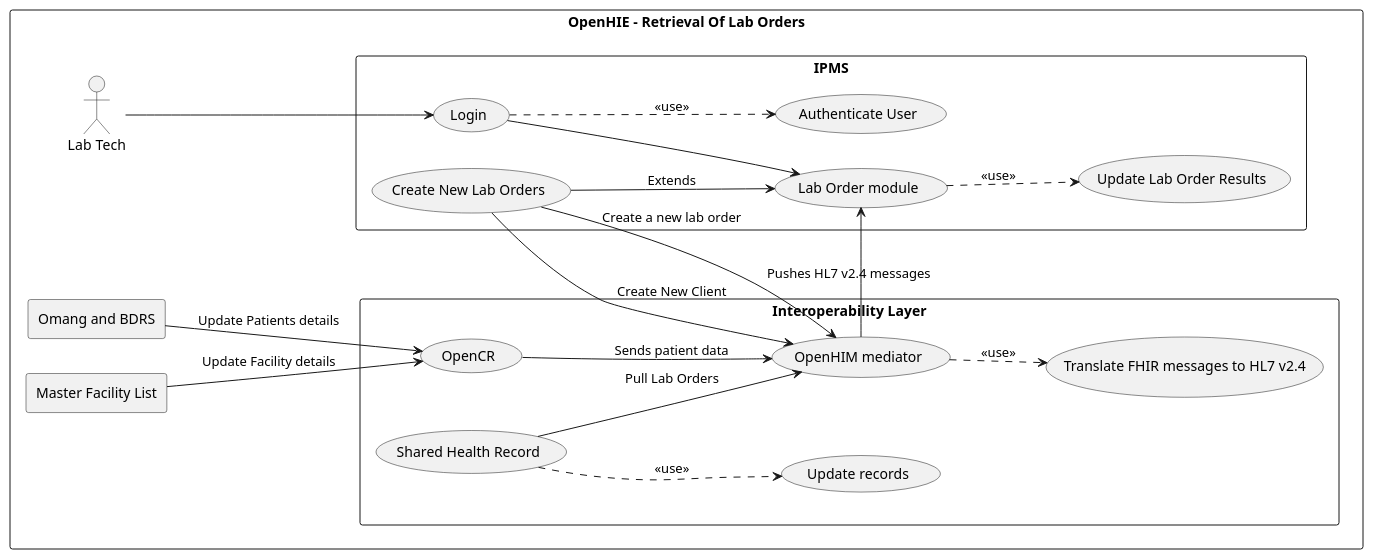
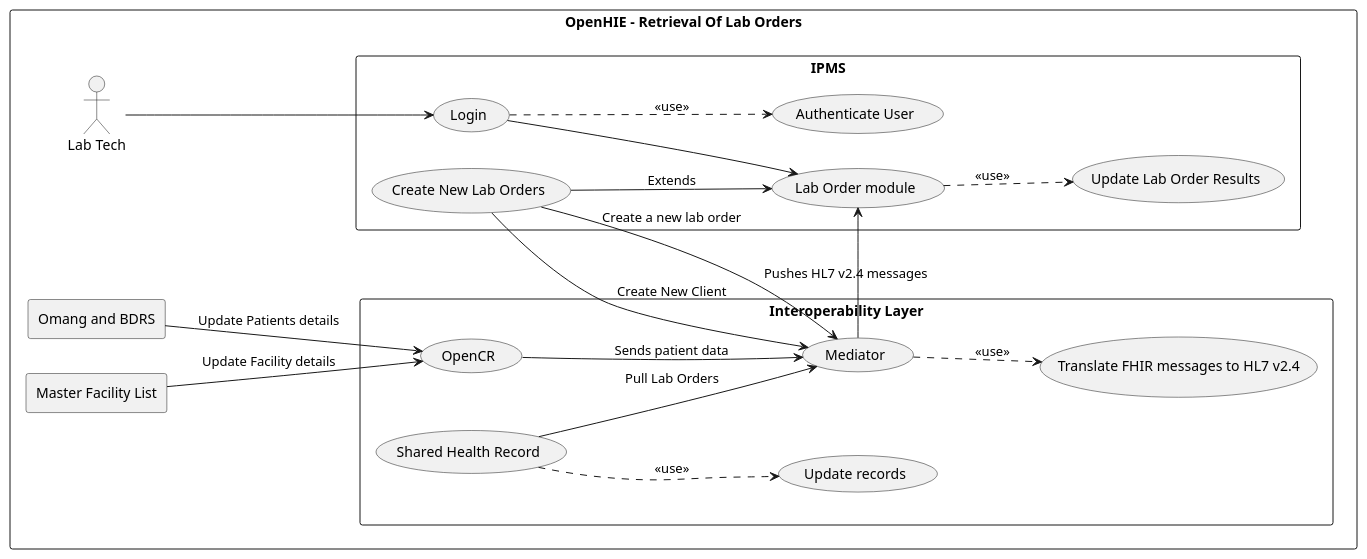
The diagram in input/images-source/retrievalOfLabOrders.plantuml (jembi/botswana-hie-fhir-ig), drawn with PlantUML before and after one commit. The commit also changed 4 other files, not shown here.

```diff
--- a/input/images-source/retrievalOfLabOrders.plantuml
+++ b/input/images-source/retrievalOfLabOrders.plantuml
@@ -1,45 +1,45 @@
 @startuml RetrievalOfLabOrders
 left to right direction
 rectangle "OpenHIE - Retrieval Of Lab Orders" as RetrievalOfLabOrders {
   actor "Lab Tech" as labTech
   rectangle IPMS {
   usecase "Login" as RLO1
   usecase "Authenticate User" as RLO2
   usecase "Lab Order module" as RLO3
   usecase "Update Lab Order Results" as RLO4
   usecase "Create New Lab Orders" as RLO5
   }
 
 labTech --> RLO1
 
 (RLO1) ..> (RLO2) : "<<use>>"
 (RLO3) ..> (RLO4) : "<<use>>"
 
 RLO1 --> RLO3
 RLO5 --> RLO3 : "Extends"
 
   rectangle "Interoperability Layer" {
   usecase "Update records" as IL1
   usecase "Shared Health Record" as IL2
-  usecase "OpenHIM mediator" as IL3
+  usecase "Mediator" as IL3
   usecase "Translate FHIR messages to HL7 v2.4" as IL4
   usecase "OpenCR" as IL5
   }
 
   IL3 --> RLO3 : "Pushes HL7 v2.4 messages"
   RLO5 --> IL3 : "Create New Client"
   RLO5 --> IL3 : "Create a new lab order"
   IL5 --> IL3 : "Sends patient data"
   IL2 --> IL3 : "Pull Lab Orders"
 
   (IL2) ..> (IL1) : "<<use>>"
   (IL3) ..> (IL4) : "<<use>>"
 
   rectangle "Omang and BDRS" as Omang
   rectangle "Master Facility List" as MFL
 
   (Omang) --> (IL5) : "Update Patients details"
   (MFL) --> (IL5) : "Update Facility details"
 }
 
 @enduml
```
